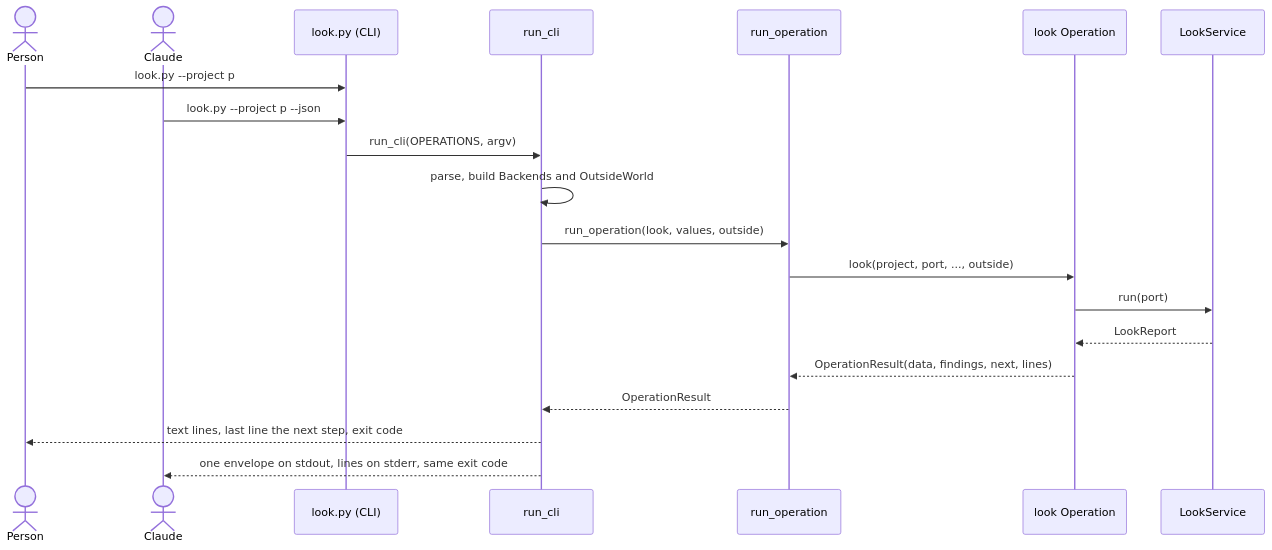
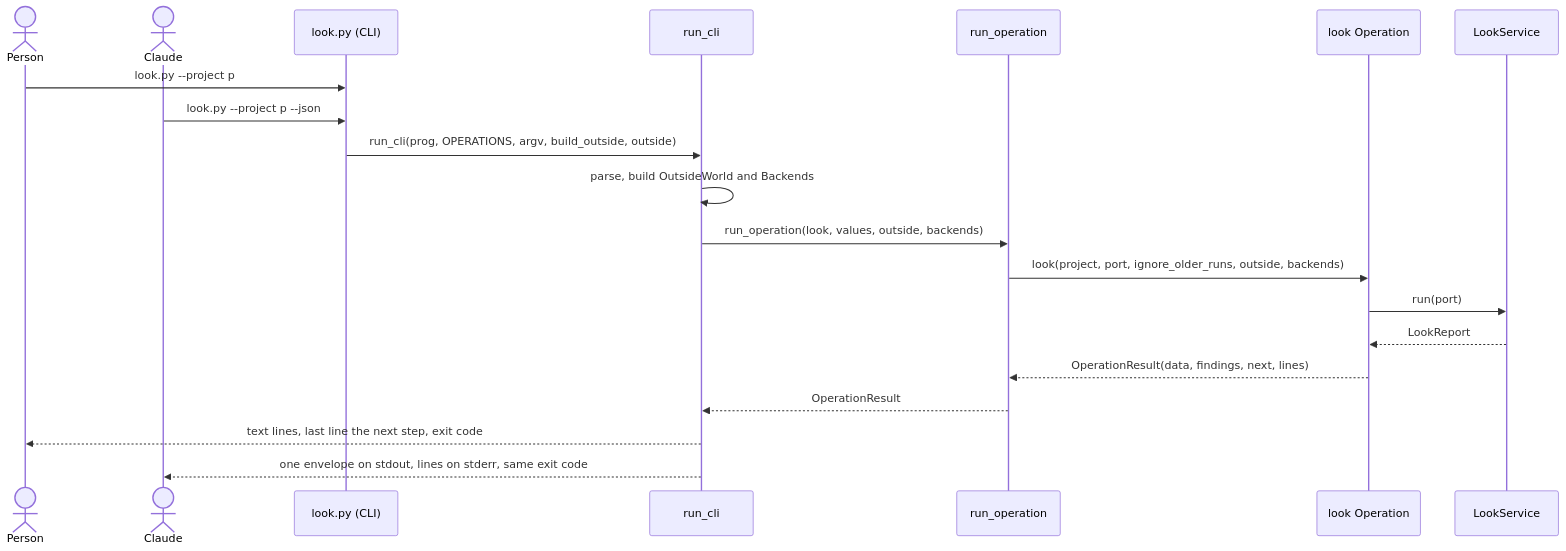
Before and after one commit to xmejkal/spark: the third of 3 diagrams in docs/discovery/2026-10-19-p323-target-architecture/architecture/README.md, drawn with Mermaid. The commit also changed other lines of this file and 13 other files, not shown here.

````diff
--- a/docs/discovery/2026-10-19-p323-target-architecture/architecture/README.md
+++ b/docs/discovery/2026-10-19-p323-target-architecture/architecture/README.md
@@ -139,22 +142,22 @@
 ```mermaid
 sequenceDiagram
   actor P as Person
   actor C as Claude
   participant CLI as look.py (CLI)
   participant RC as run_cli
   participant RO as run_operation
   participant O as look Operation
   participant S as LookService
   P->>CLI: look.py --project p
   C->>CLI: look.py --project p --json
-  CLI->>RC: run_cli(OPERATIONS, argv)
-  RC->>RC: parse, build Backends and OutsideWorld
-  RC->>RO: run_operation(look, values, outside)
-  RO->>O: look(project, port, ..., outside)
+  CLI->>RC: run_cli(prog, OPERATIONS, argv, build_outside, outside)
+  RC->>RC: parse, build OutsideWorld and Backends
+  RC->>RO: run_operation(look, values, outside, backends)
+  RO->>O: look(project, port, ignore_older_runs, outside, backends)
   O->>S: run(port)
   S-->>O: LookReport
   O-->>RO: OperationResult(data, findings, next, lines)
   RO-->>RC: OperationResult
   RC-->>P: text lines, last line the next step, exit code
   RC-->>C: one envelope on stdout, lines on stderr, same exit code
 ```
````
